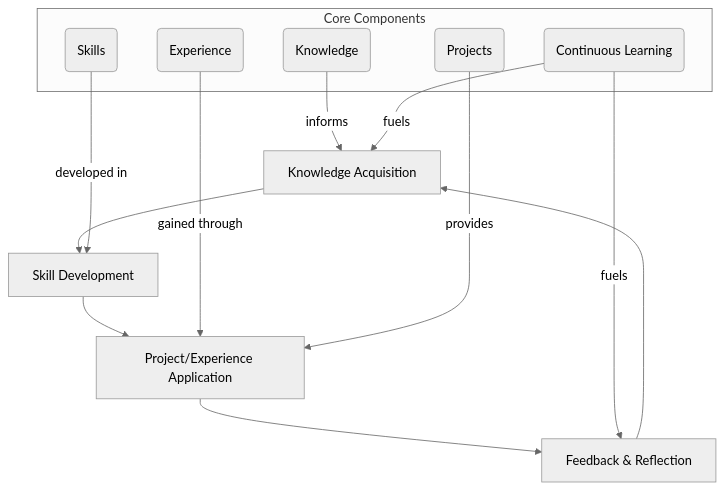
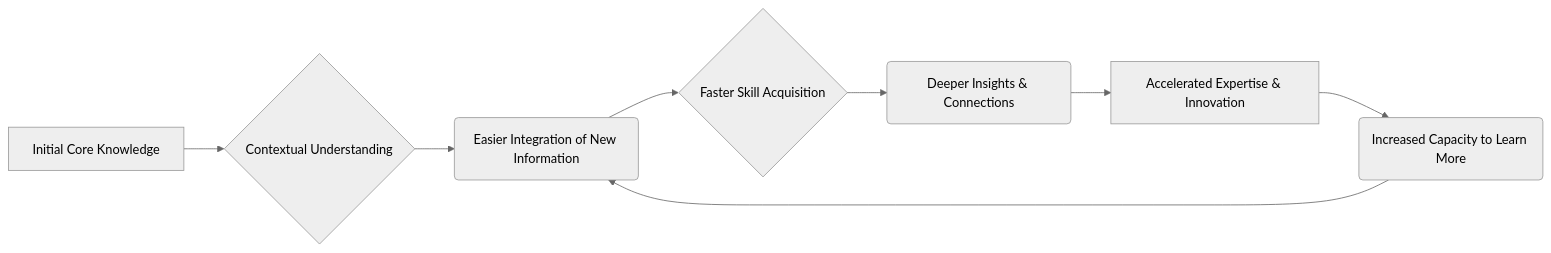
Before and after one commit to knowhub-by-ab/knowhub_notes: the second of 2 diagrams in knowledge/mqcsjhv4on2duq.md, drawn with Mermaid (neutral theme). The commit also changed other lines of this file, not shown here.

Commit message:
docs: update Professional Career Development

````diff
--- a/knowledge/mqcsjhv4on2duq.md
+++ b/knowledge/mqcsjhv4on2duq.md
@@ -94,21 +62,10 @@
 ```mermaid
-graph TD
-    A[Knowledge Acquisition] --> B[Skill Development]
-    B --> C[Project/Experience Application]
-    C --> D[Feedback & Reflection]
-    D --> A
-
-    subgraph Core Components
-        K(Knowledge)
-        S(Skills)
-        E(Experience)
-        P(Projects)
-        CL(Continuous Learning)
-    end
-
-    K -- informs --> A
-    S -- developed in --> B
-    E -- gained through --> C
-    P -- provides --> C
-    CL -- fuels --> D & A
+graph LR
+    A[Initial Core Knowledge] --> B{Contextual Understanding};
+    B --> C(Easier Integration of New Information);
+    C --> D{Faster Skill Acquisition};
+    D --> E(Deeper Insights & Connections);
+    E --> F[Accelerated Expertise & Innovation];
+    F --> G(Increased Capacity to Learn More);
+    G --> C;
 ```
````
